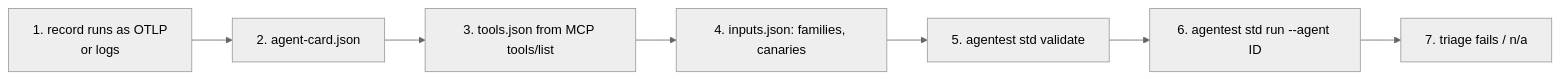
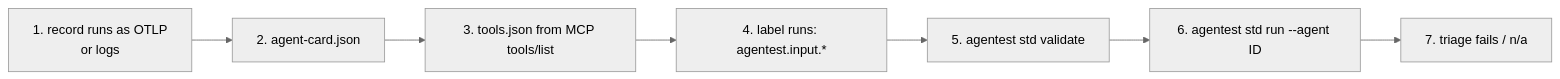
Before and after one commit to srpadmanabhuni/agentest: the diagram in docs/developers/ONBOARDING.md, drawn with Mermaid (neutral theme). The commit also changed other lines of this file and 213 other files, not shown here.

````diff
--- a/docs/developers/ONBOARDING.md
+++ b/docs/developers/ONBOARDING.md
@@ -19,9 +19,9 @@
 ```mermaid
 flowchart LR
   A[1. record runs as OTLP<br/>or logs] --> B[2. agent-card.json]
   B --> C[3. tools.json from MCP tools/list]
-  C --> D[4. inputs.json: families, canaries]
+  C --> D[4. label runs: agentest.input.*]
   D --> E[5. agentest std validate]
   E --> F[6. agentest std run --agent ID]
   F --> G[7. triage fails / n/a]
 ```
````
